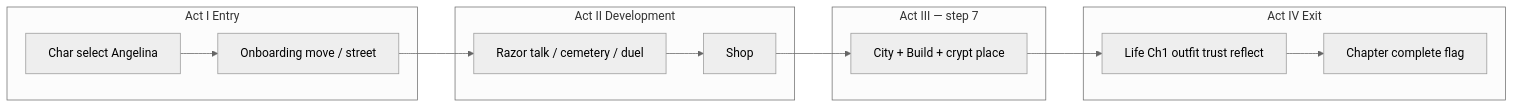
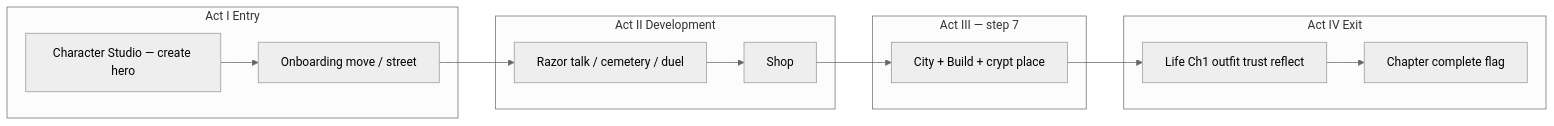
The diagram in docs/story/CHAPTER_01_STORY_ARC.md (garum2008-netizen/punk-me-firebase), drawn with Mermaid (neutral theme) before and after one commit. The commit also changed other lines of this file and 27 other files, not shown here.

First line of the commit message:
feat(t204u): Character Studio hero creator and companion Angelina canon

````diff
--- a/docs/story/CHAPTER_01_STORY_ARC.md
+++ b/docs/story/CHAPTER_01_STORY_ARC.md
@@ -13,19 +13,19 @@
 ```mermaid
 flowchart LR
   subgraph entry [Act I Entry]
-    A[Char select Angelina]
+    A[Character Studio — create hero]
     B[Onboarding move / street]
   end
   subgraph dev [Act II Development]
     C[Razor talk / cemetery / duel]
     D[Shop]
   end
   subgraph climax [Act III — step 7]
     E[City + Build + crypt place]
   end
   subgraph exit [Act IV Exit]
     F[Life Ch1 outfit trust reflect]
     G[Chapter complete flag]
   end
   A --> B --> C --> D --> E --> F --> G
 ```
````
